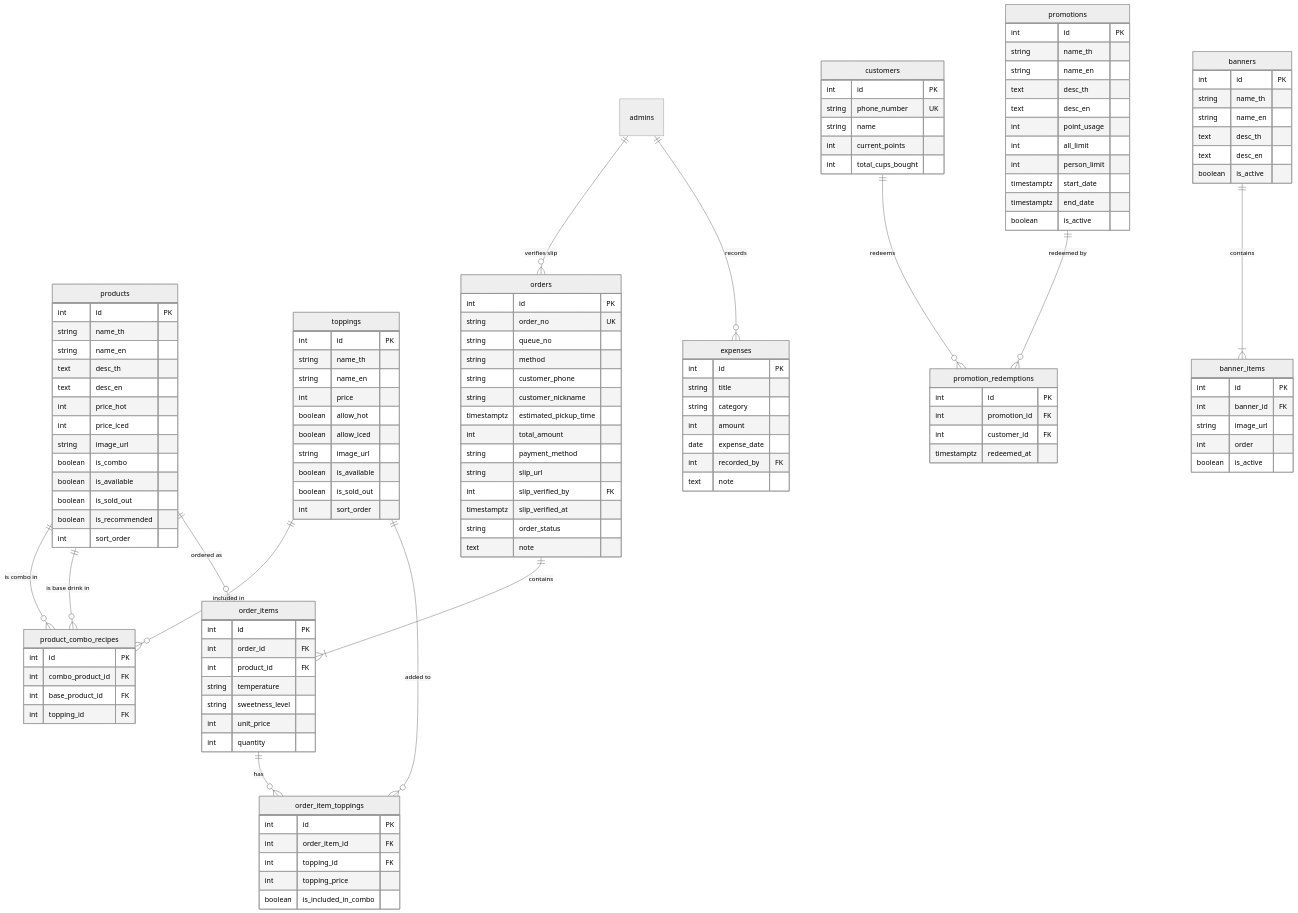
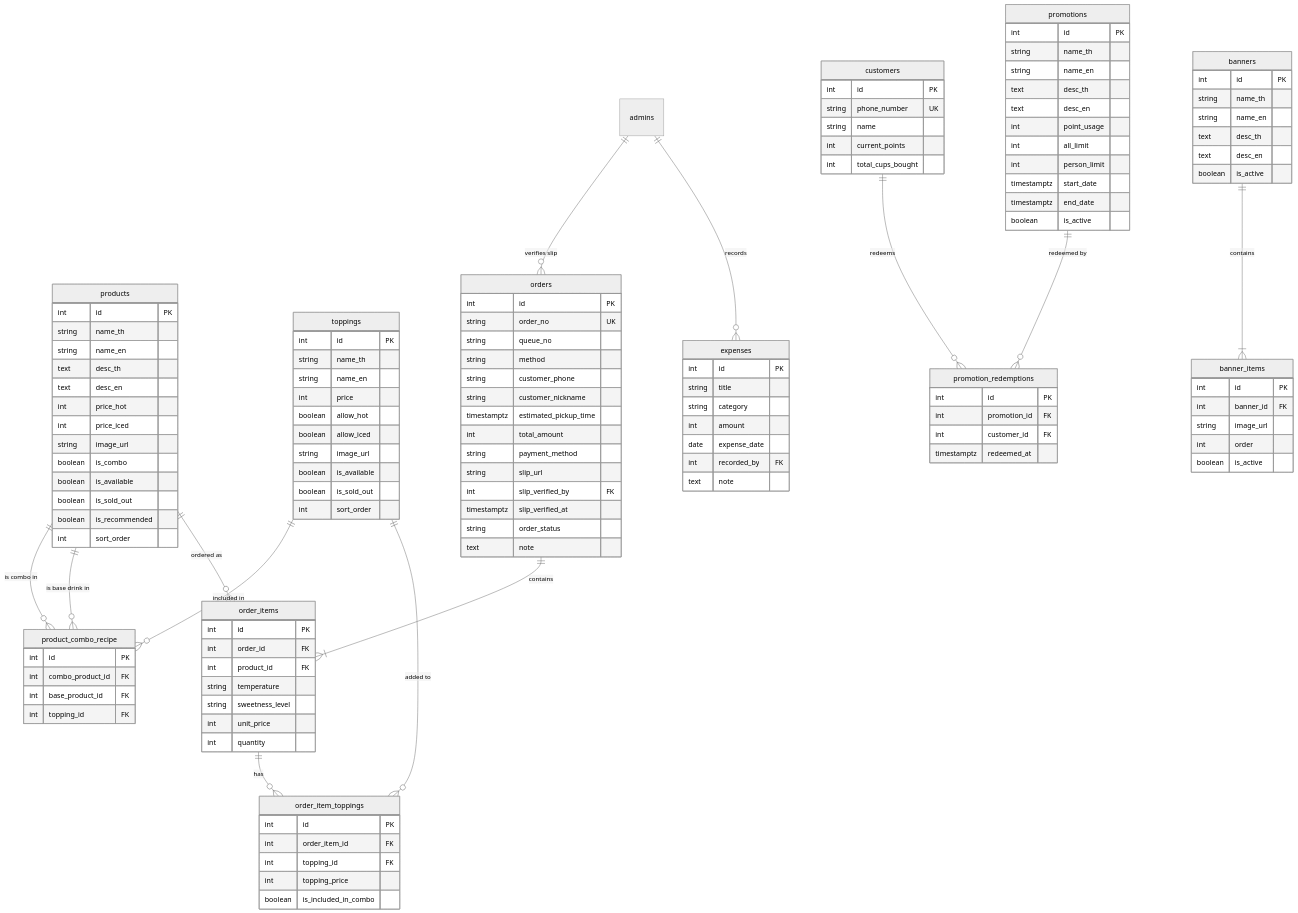
The diagram in note.md (TongLongRidz/kasetfair-70), drawn with Mermaid (neutral theme) before and after one commit. The commit also changed other lines of this file and 27 other files, not shown here.

````diff
--- a/note.md
+++ b/note.md
@@ -341,8 +354,8 @@
 ```mermaid
 erDiagram
-    products ||--o{ product_combo_recipes : "is combo in"
-    products ||--o{ product_combo_recipes : "is base drink in"
-    toppings ||--o{ product_combo_recipes : "included in"
+    products ||--o{ product_combo_recipe : "is combo in"
+    products ||--o{ product_combo_recipe : "is base drink in"
+    toppings ||--o{ product_combo_recipe : "included in"
     
     admins ||--o{ orders : "verifies slip"
     admins ||--o{ expenses : "records"
@@ -373,7 +386,7 @@
         int sort_order
     }
 
-    product_combo_recipes {
+    product_combo_recipe {
         int id PK
         int combo_product_id FK
         int base_product_id FK
````
